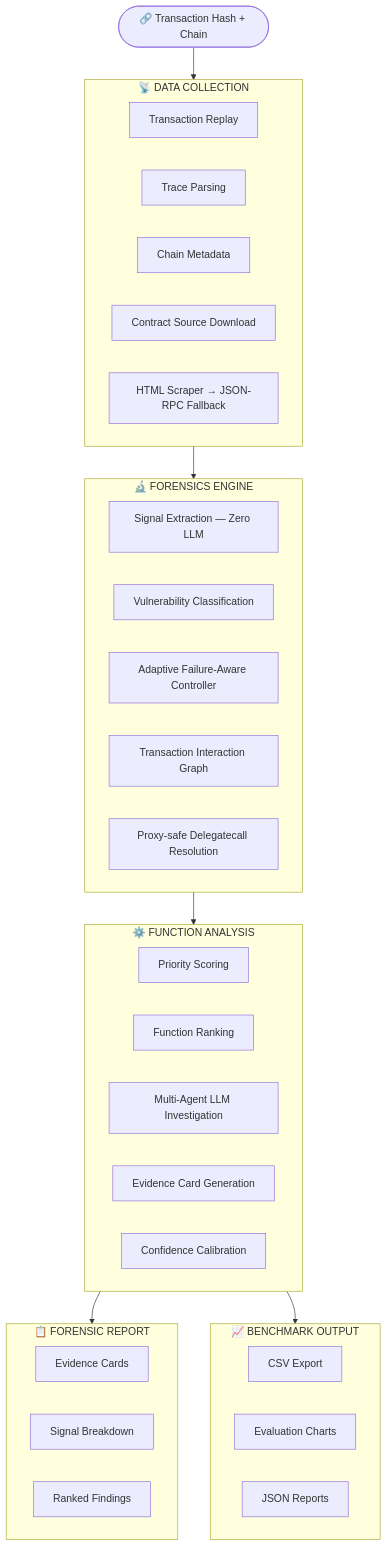
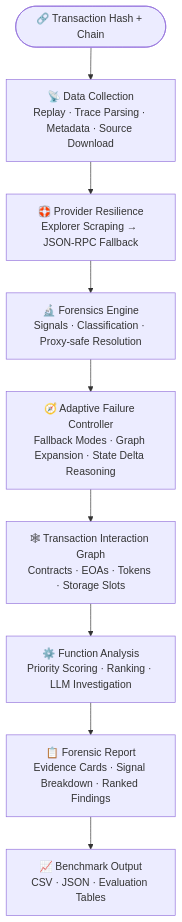
The diagram in README.md (Tayab-Ahamed/FaultSeeker-), drawn with Mermaid before and after one commit.

Commit message:
Make README architecture vertical

````diff
--- a/README.md
+++ b/README.md
@@ -49,47 +49,12 @@
 ```mermaid
 flowchart TD
-    A([🔗 Transaction Hash + Chain]) --> B
-
-    subgraph B [" 📡 DATA COLLECTION "]
-        B1[Transaction Replay]
-        B2[Trace Parsing]
-        B3[Chain Metadata]
-        B4[Contract Source Download]
-        B5[HTML Scraper → JSON-RPC Fallback]
-    end
-
-    B --> C
-
-    subgraph C [" 🔬 FORENSICS ENGINE "]
-        C1[Signal Extraction — Zero LLM]
-        C2[Vulnerability Classification]
-        C3[Adaptive Failure-Aware Controller]
-        C4[Transaction Interaction Graph]
-        C5[Proxy-safe Delegatecall Resolution]
-    end
-
-    C --> D
-
-    subgraph D [" ⚙️ FUNCTION ANALYSIS "]
-        D1[Priority Scoring]
-        D2[Function Ranking]
-        D3[Multi-Agent LLM Investigation]
-        D4[Evidence Card Generation]
-        D5[Confidence Calibration]
-    end
-
-    D --> E
-    D --> F
-
-    subgraph E [" 📋 FORENSIC REPORT "]
-        E1[Evidence Cards]
-        E2[Signal Breakdown]
-        E3[Ranked Findings]
-    end
-
-    subgraph F [" 📈 BENCHMARK OUTPUT "]
-        F1[CSV Export]
-        F2[Evaluation Charts]
-        F3[JSON Reports]
-    end
+    A([🔗 Transaction Hash + Chain])
+    A --> B[📡 Data Collection<br/>Replay · Trace Parsing · Metadata · Source Download]
+    B --> C[🛟 Provider Resilience<br/>Explorer Scraping → JSON-RPC Fallback]
+    C --> D[🔬 Forensics Engine<br/>Signals · Classification · Proxy-safe Resolution]
+    D --> E[🧭 Adaptive Failure Controller<br/>Fallback Modes · Graph Expansion · State Delta Reasoning]
+    E --> F[🕸 Transaction Interaction Graph<br/>Contracts · EOAs · Tokens · Storage Slots]
+    F --> G[⚙️ Function Analysis<br/>Priority Scoring · Ranking · LLM Investigation]
+    G --> H[📋 Forensic Report<br/>Evidence Cards · Signal Breakdown · Ranked Findings]
+    H --> I[📈 Benchmark Output<br/>CSV · JSON · Evaluation Tables]
 ```
````
